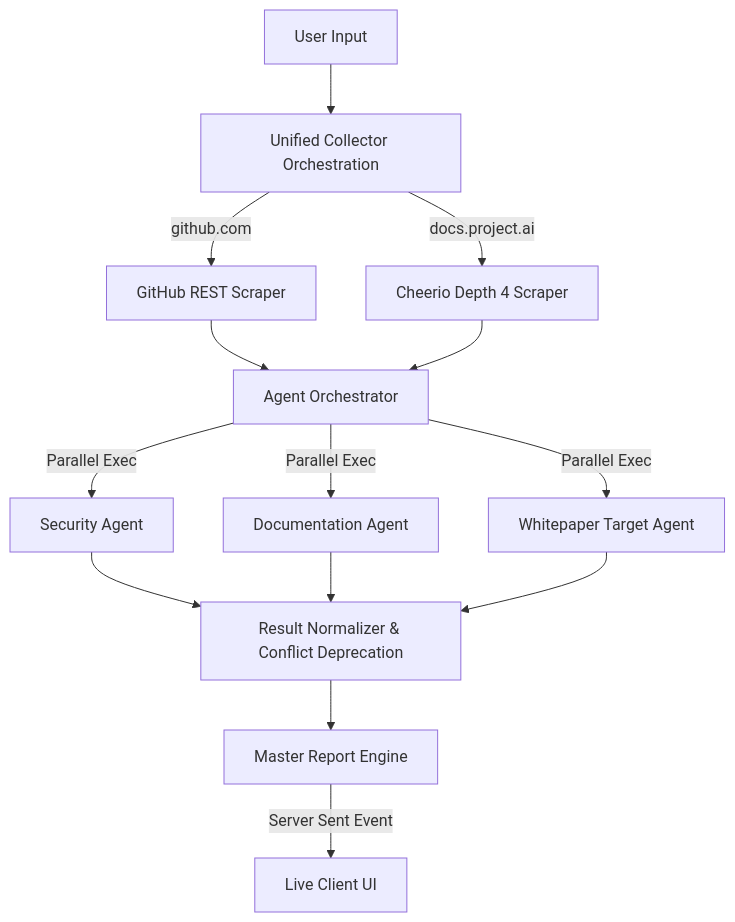
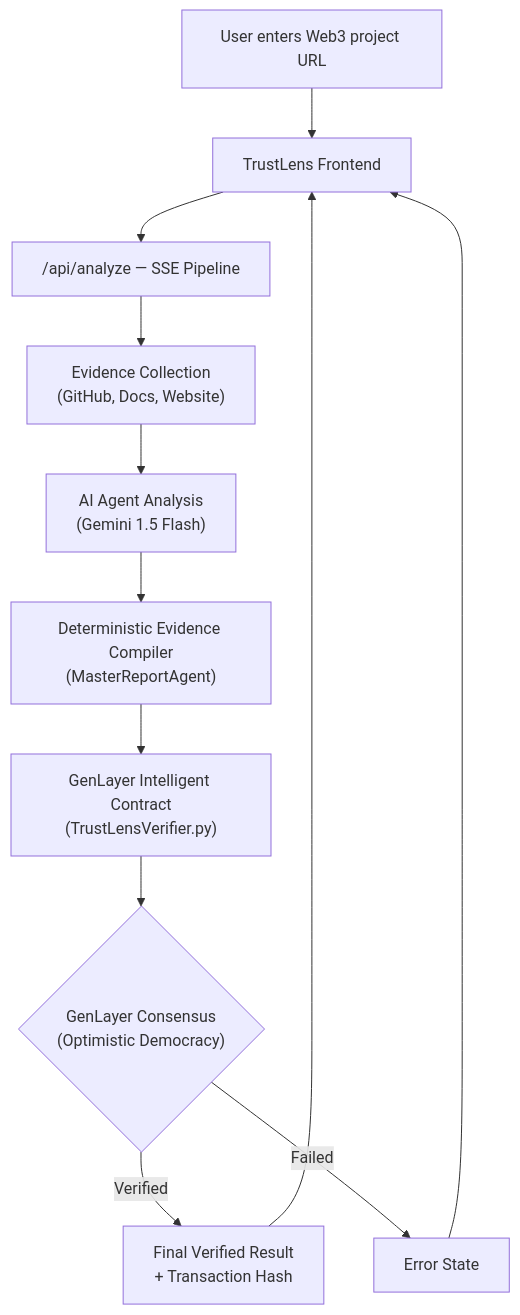
One commit to YousufAziz1/ProjectLens-AI changed the diagram in README.md. Above: the diagram before and after it, drawn with Mermaid. The commit also changed other lines of this file and 21 other files, not shown here.

Commit message:
feat: TrustLens GenLayer Integration

````diff
--- a/README.md
+++ b/README.md
@@ -42,16 +43,14 @@
 ```mermaid
-graph TD
-    A[User Input] --> B[Unified Collector Orchestration]
-    B -->|github.com| C[GitHub REST Scraper]
-    B -->|docs.project.ai| D[Cheerio Depth 4 Scraper]
-    C --> E[Agent Orchestrator]
-    D --> E
-    E -->|Parallel Exec| F[Security Agent]
-    E -->|Parallel Exec| G[Documentation Agent]
-    E -->|Parallel Exec| H[Whitepaper Target Agent]
-    F --> I[Result Normalizer & Conflict Deprecation]
-    G --> I
-    H --> I
-    I --> J[Master Report Engine]
-    J -->|Server Sent Event| K[Live Client UI]
+flowchart TD
+    A[User enters Web3 project URL] --> B[TrustLens Frontend]
+    B --> C["/api/analyze — SSE Pipeline"]
+    C --> D["Evidence Collection\n(GitHub, Docs, Website)"]
+    D --> E["AI Agent Analysis\n(Gemini 1.5 Flash)"]
+    E --> F["Deterministic Evidence Compiler\n(MasterReportAgent)"]
+    F --> G["GenLayer Intelligent Contract\n(TrustLensVerifier.py)"]
+    G --> H{"GenLayer Consensus\n(Optimistic Democracy)"}
+    H -->|Verified| I["Final Verified Result\n+ Transaction Hash"]
+    H -->|Failed| J[Error State]
+    I --> B
+    J --> B
 ```
````
